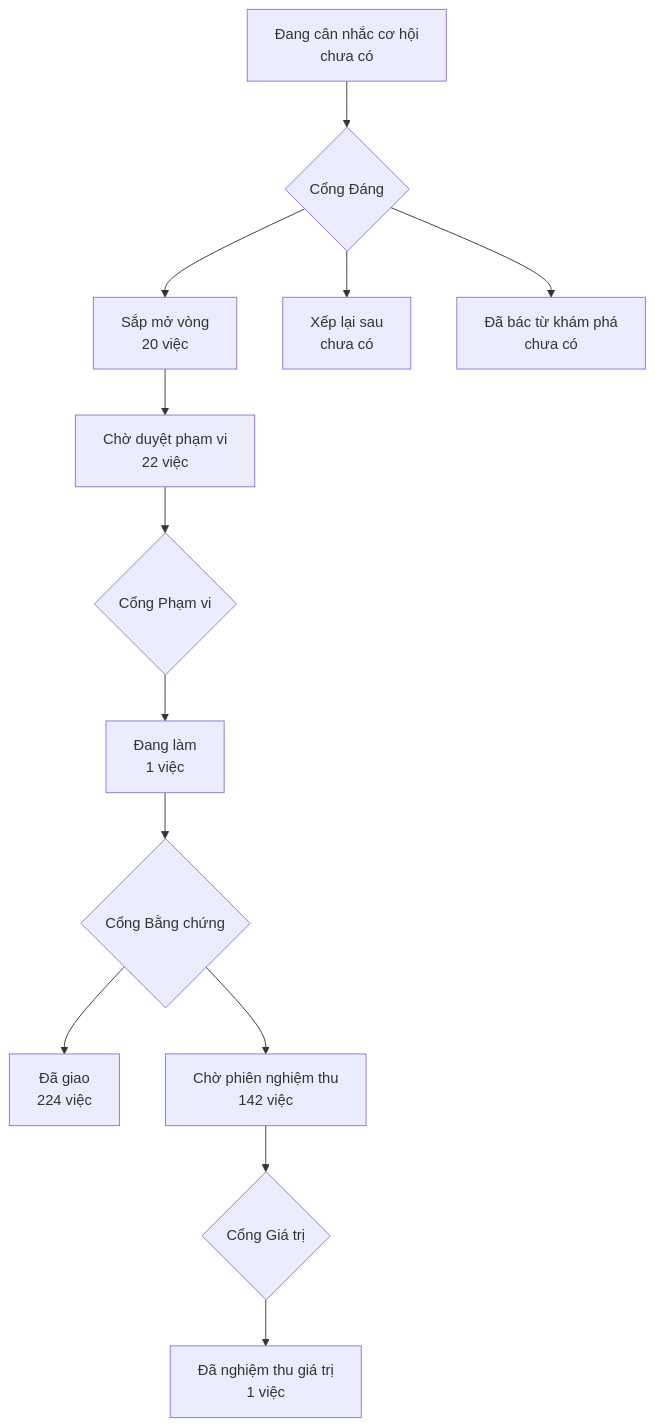
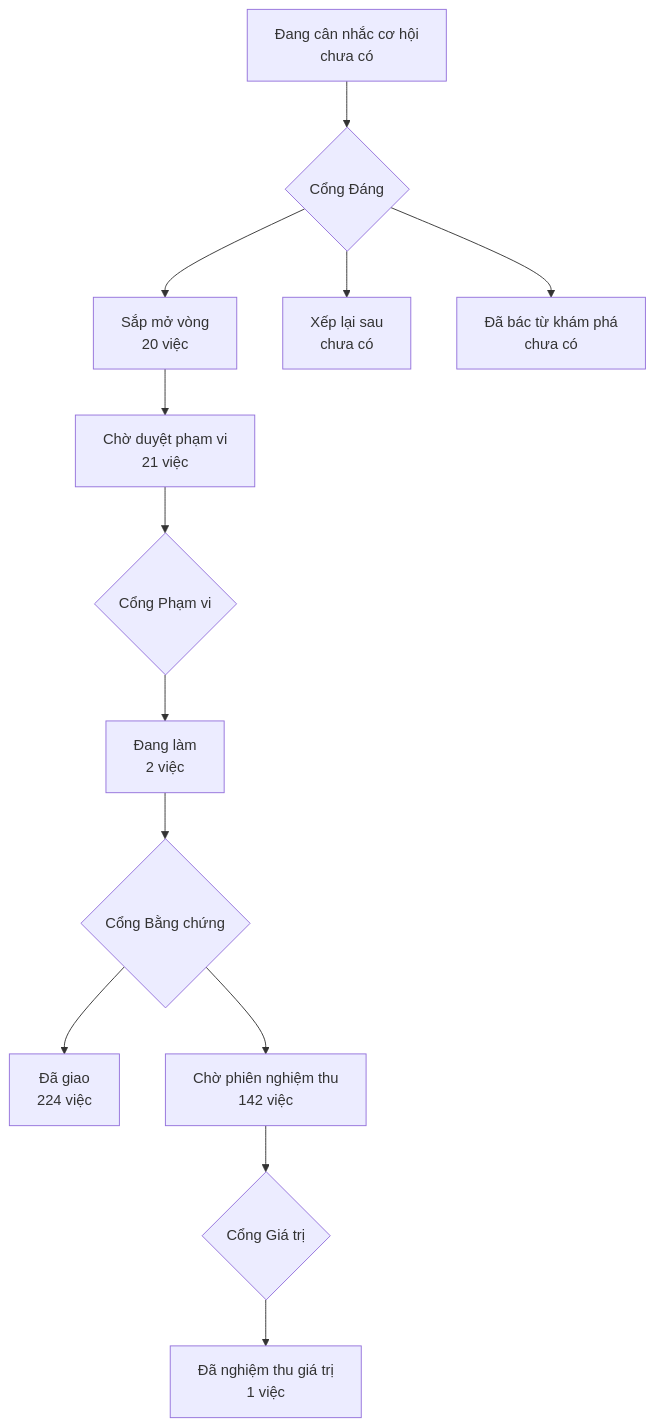
The diagram in PRODUCT-MAP.md (phanlemanh/onehub-invest), drawn with Mermaid before and after one commit. The commit also changed 2 other files, not shown here.

Commit message:
docs(acceptance): DA56 Mạnh duyệt Cổng Phạm vi, Hỏi-1 và Hỏi-2 theo khuyến nghị (nap-s09-quy-can-va-can-cao-tang)

````diff
--- a/PRODUCT-MAP.md
+++ b/PRODUCT-MAP.md
@@ -7,12 +7,12 @@
 ```mermaid
 flowchart TD
   A["Đang cân nhắc cơ hội<br/>chưa có"] --> GD{"Cổng Đáng"}
   GD --> B["Sắp mở vòng<br/>20 việc"]
   GD --> XL["Xếp lại sau<br/>chưa có"]
   GD --> DB["Đã bác từ khám phá<br/>chưa có"]
-  B --> CD["Chờ duyệt phạm vi<br/>22 việc"] --> GP{"Cổng Phạm vi"}
-  GP --> DL["Đang làm<br/>1 việc"] --> GB{"Cổng Bằng chứng"}
+  B --> CD["Chờ duyệt phạm vi<br/>21 việc"] --> GP{"Cổng Phạm vi"}
+  GP --> DL["Đang làm<br/>2 việc"] --> GB{"Cổng Bằng chứng"}
   GB --> DG["Đã giao<br/>224 việc"]
   GB --> CN["Chờ phiên nghiệm thu<br/>142 việc"] --> GG{"Cổng Giá trị"}
   GG --> NT["Đã nghiệm thu giá trị<br/>1 việc"]
 ```
````
